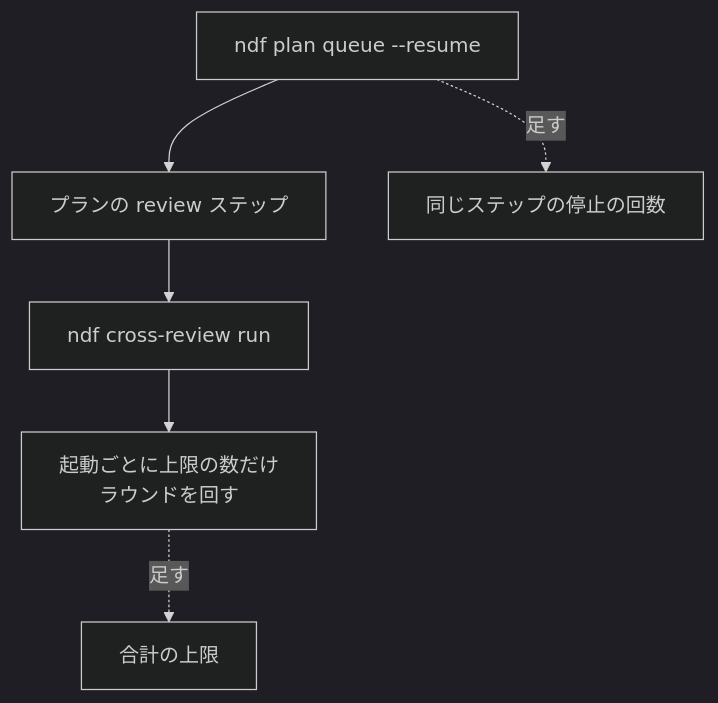
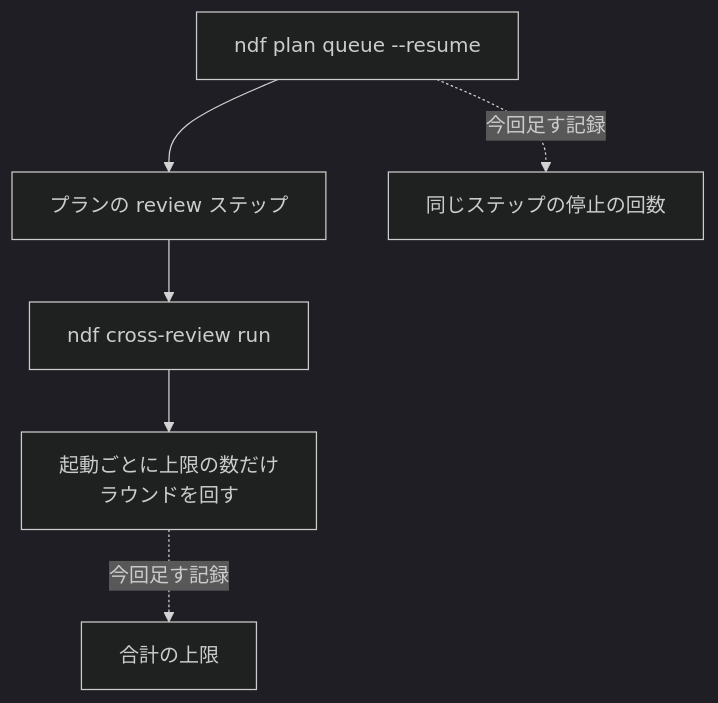
The first of 3 diagrams in issues/issue-2468-design.md (devbasex/ai-plugins), drawn with Mermaid (dark theme) before and after one commit. The commit also changed other lines of this file and 6 other files, not shown here.

````diff
--- a/issues/issue-2468-design.md
+++ b/issues/issue-2468-design.md
@@ -9,8 +9,8 @@
 ```mermaid
 flowchart TD
     Q[ndf plan queue --resume] --> P[プランの review ステップ]
     P --> R[ndf cross-review run]
     R --> L[起動ごとに上限の数だけ<br>ラウンドを回す]
-    Q -.->|足す| S[同じステップの停止の回数]
-    L -.->|足す| T[合計の上限]
+    Q -.->|今回足す記録| S[同じステップの停止の回数]
+    L -.->|今回足す記録| T[合計の上限]
 ```
````
